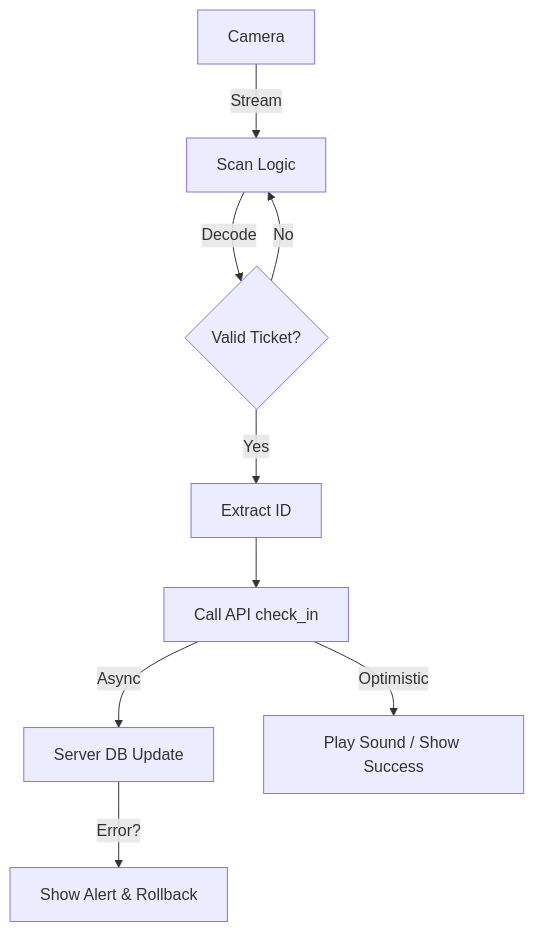
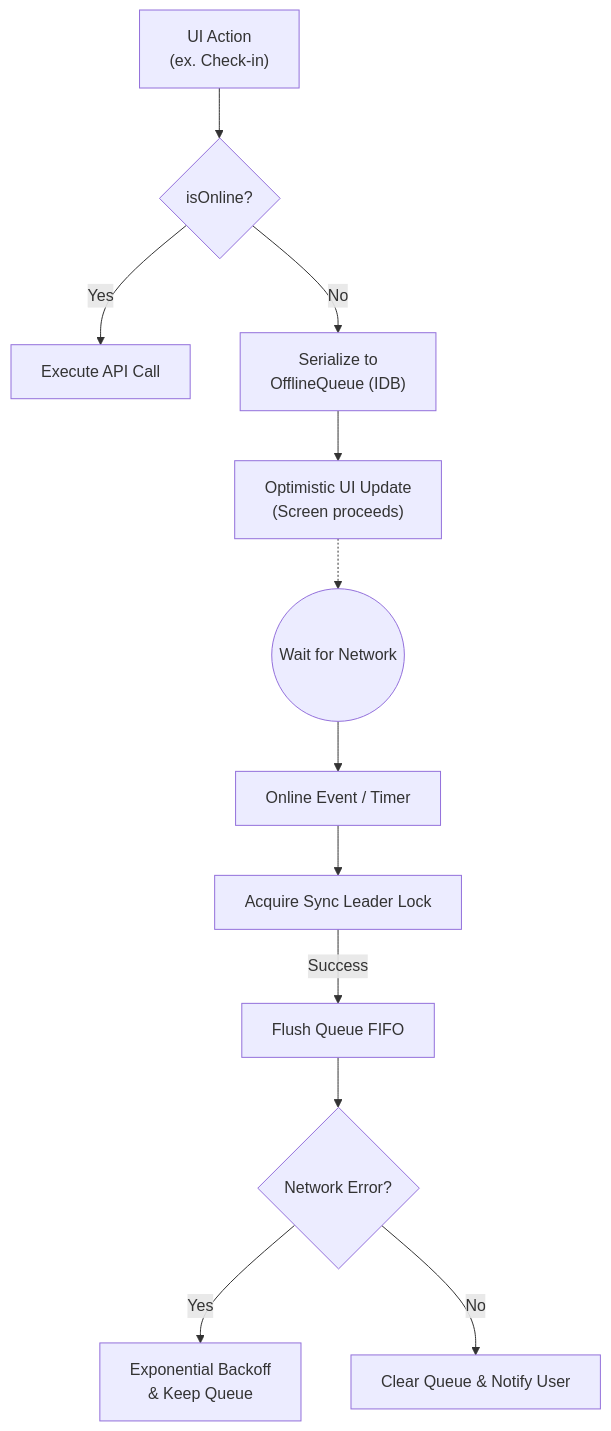
Before and after one commit to J105588/tickets-new: the third of 6 diagrams in README.md, drawn with Mermaid. The commit also changed other lines of this file, not shown here.

````diff
--- a/README.md
+++ b/README.md
@@ -714,11 +272,16 @@
 ```mermaid
-graph TD
-    A[Camera] -->|Stream| B[Scan Logic]
-    B -->|Decode| C{Valid Ticket?}
-    C -- No --> B
-    C -- Yes --> D[Extract ID]
-    D --> E["Call API check_in"]
-    E -->|Async| F[Server DB Update]
-    E -->|Optimistic| G[Play Sound / Show Success]
-    F -- Error? --> H[Show Alert & Rollback]
+flowchart TD
+    Action["UI Action\n(ex. Check-in)"] --> Check{"isOnline?"}
+    Check -- Yes --> API[Execute API Call]
+    
+    Check -- No --> Q["Serialize to\nOfflineQueue (IDB)"]
+    Q --> UI["Optimistic UI Update\n(Screen proceeds)"]
+    
+    UI -.-> wait((Wait for Network))
+    wait --> Event[Online Event / Timer]
+    Event --> Lock[Acquire Sync Leader Lock]
+    Lock -- Success --> Flush[Flush Queue FIFO]
+    Flush --> Retry{"Network Error?"}
+    Retry -- Yes --> Backoff[Exponential Backoff\n& Keep Queue]
+    Retry -- No --> Clear[Clear Queue & Notify User]
 ```
````
